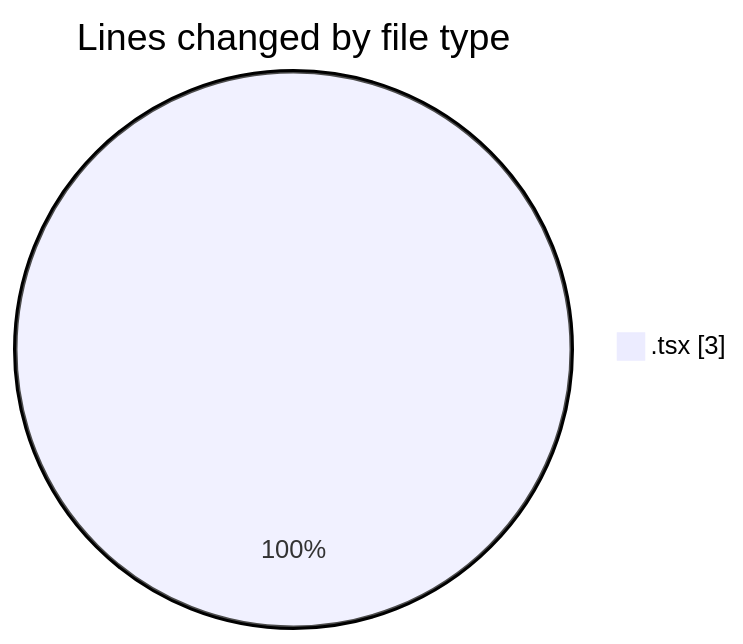
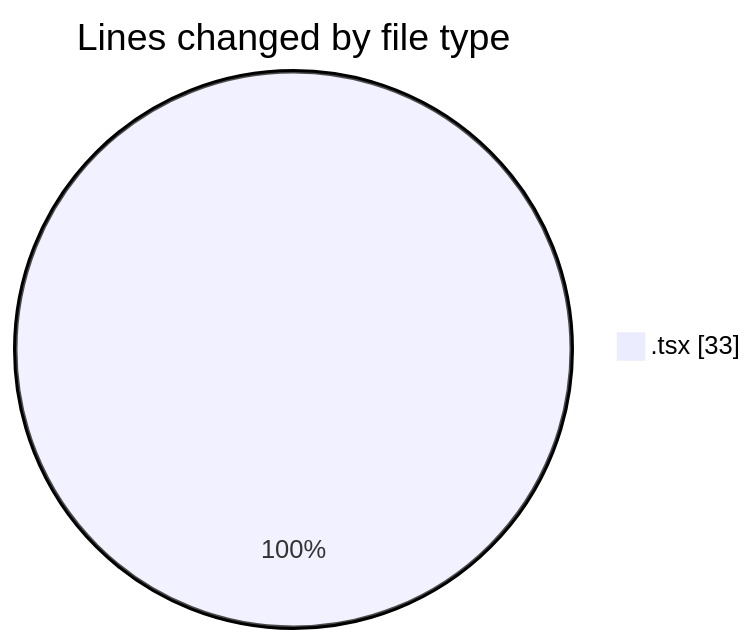
One commit to EIIisD/code-tracking changed the first of 2 diagrams in 2025-08-01/tw-server/README.md. Above: the diagram before and after it, drawn with Mermaid. The commit also changed other lines of this file and 1 other file, not shown here.

````diff
--- a/2025-08-01/tw-server/README.md
+++ b/2025-08-01/tw-server/README.md
@@ -20,5 +20,5 @@
 ```mermaid
 pie showData
 title Lines changed by file type
-".tsx" : 3
+".tsx" : 33
 ```
````
